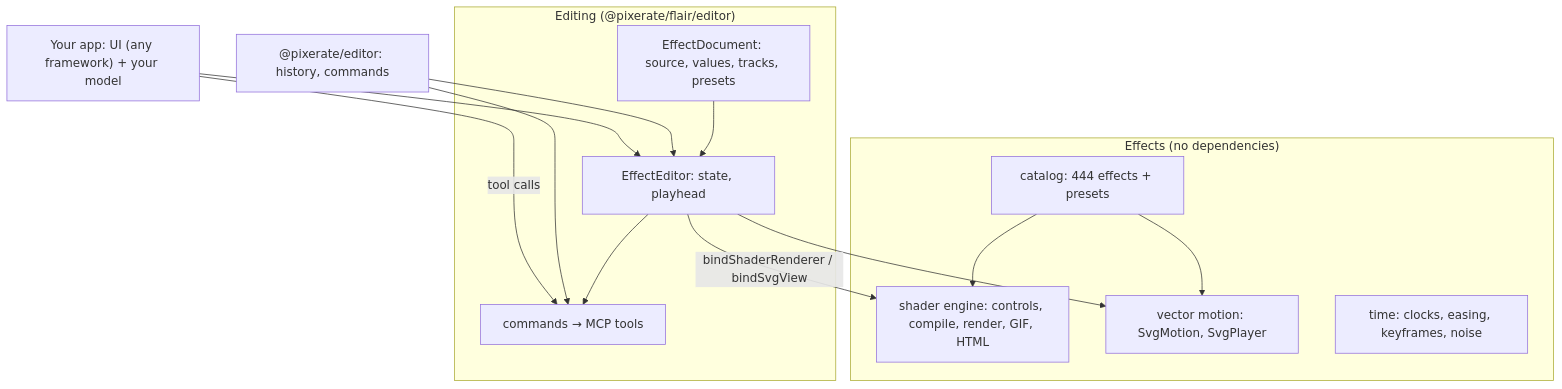
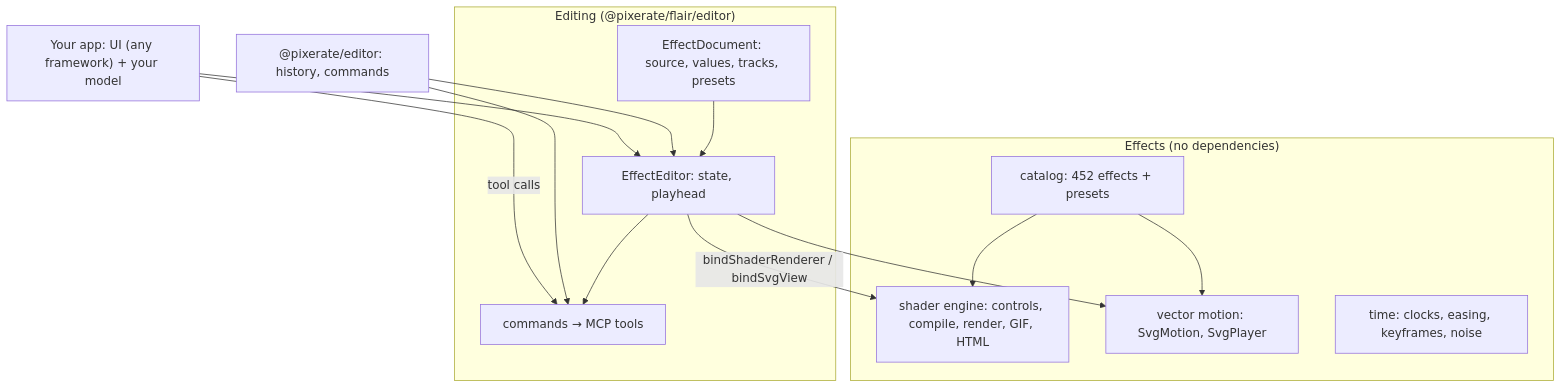
Before and after one commit to Pixerate/flair: the diagram in README.md, drawn with Mermaid. The commit also changed other lines of this file and 8 other files, not shown here.

````diff
--- a/README.md
+++ b/README.md
@@ -67,27 +67,27 @@
 ```mermaid
 graph TD
   subgraph Effects["Effects (no dependencies)"]
-    Catalog["catalog: 444 effects + presets"]
+    Catalog["catalog: 452 effects + presets"]
     Shader["shader engine: controls, compile, render, GIF, HTML"]
     Vector["vector motion: SvgMotion, SvgPlayer"]
     Time["time: clocks, easing, keyframes, noise"]
   end
   subgraph Editing["Editing (@pixerate/flair/editor)"]
     Doc["EffectDocument: source, values, tracks, presets"]
     Editor["EffectEditor: state, playhead"]
     Cmds["commands → MCP tools"]
   end
   PE["@pixerate/editor: history, commands"]
   Host["Your app: UI (any framework) + your model"]
 
   Catalog --> Shader
   Catalog --> Vector
   Doc --> Editor
   Editor --> Cmds
   PE --> Editor
   PE --> Cmds
   Editor -- bindShaderRenderer / bindSvgView --> Shader
   Editor --> Vector
   Host --> Editor
   Host -- tool calls --> Cmds
 ```
````
